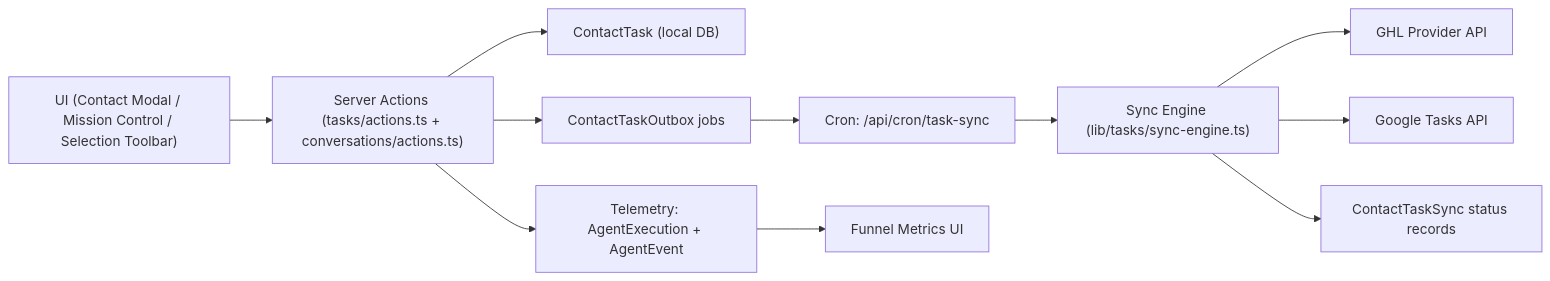
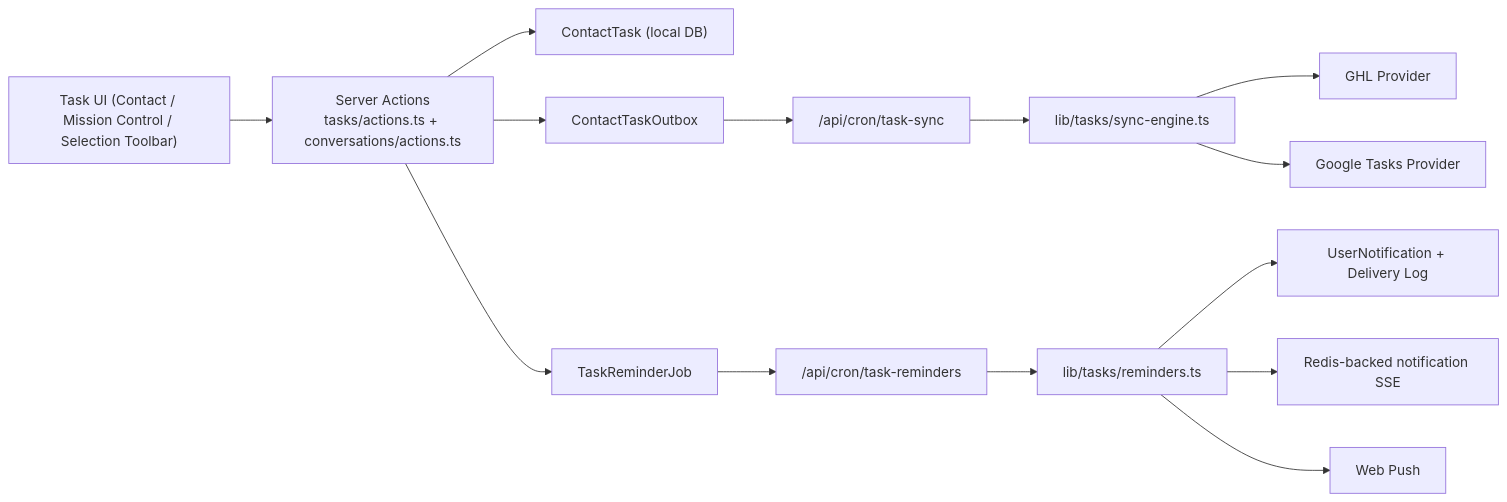
Before and after one commit to substo/estio: the diagram in documentation/tasks-implementation-reference.md, drawn with Mermaid. The commit also changed other lines of this file and 43 other files, not shown here.

Commit message:
feat(tasks): add deadline reminders and notification settings

````diff
--- a/documentation/tasks-implementation-reference.md
+++ b/documentation/tasks-implementation-reference.md
@@ -30,13 +33,16 @@
 ```mermaid
 flowchart LR
-  A["UI (Contact Modal / Mission Control / Selection Toolbar)"] --> B["Server Actions (tasks/actions.ts + conversations/actions.ts)"]
+  A["Task UI (Contact / Mission Control / Selection Toolbar)"] --> B["Server Actions<br/>tasks/actions.ts + conversations/actions.ts"]
   B --> C["ContactTask (local DB)"]
-  B --> D["ContactTaskOutbox jobs"]
-  D --> E["Cron: /api/cron/task-sync"]
-  E --> F["Sync Engine (lib/tasks/sync-engine.ts)"]
-  F --> G["GHL Provider API"]
-  F --> H["Google Tasks API"]
-  F --> I["ContactTaskSync status records"]
-  B --> J["Telemetry: AgentExecution + AgentEvent"]
-  J --> K["Funnel Metrics UI"]
+  B --> D["ContactTaskOutbox"]
+  B --> E["TaskReminderJob"]
+  D --> F["/api/cron/task-sync"]
+  F --> G["lib/tasks/sync-engine.ts"]
+  G --> H["GHL Provider"]
+  G --> I["Google Tasks Provider"]
+  E --> J["/api/cron/task-reminders"]
+  J --> K["lib/tasks/reminders.ts"]
+  K --> L["UserNotification + Delivery Log"]
+  K --> M["Redis-backed notification SSE"]
+  K --> N["Web Push"]
 ```
````
